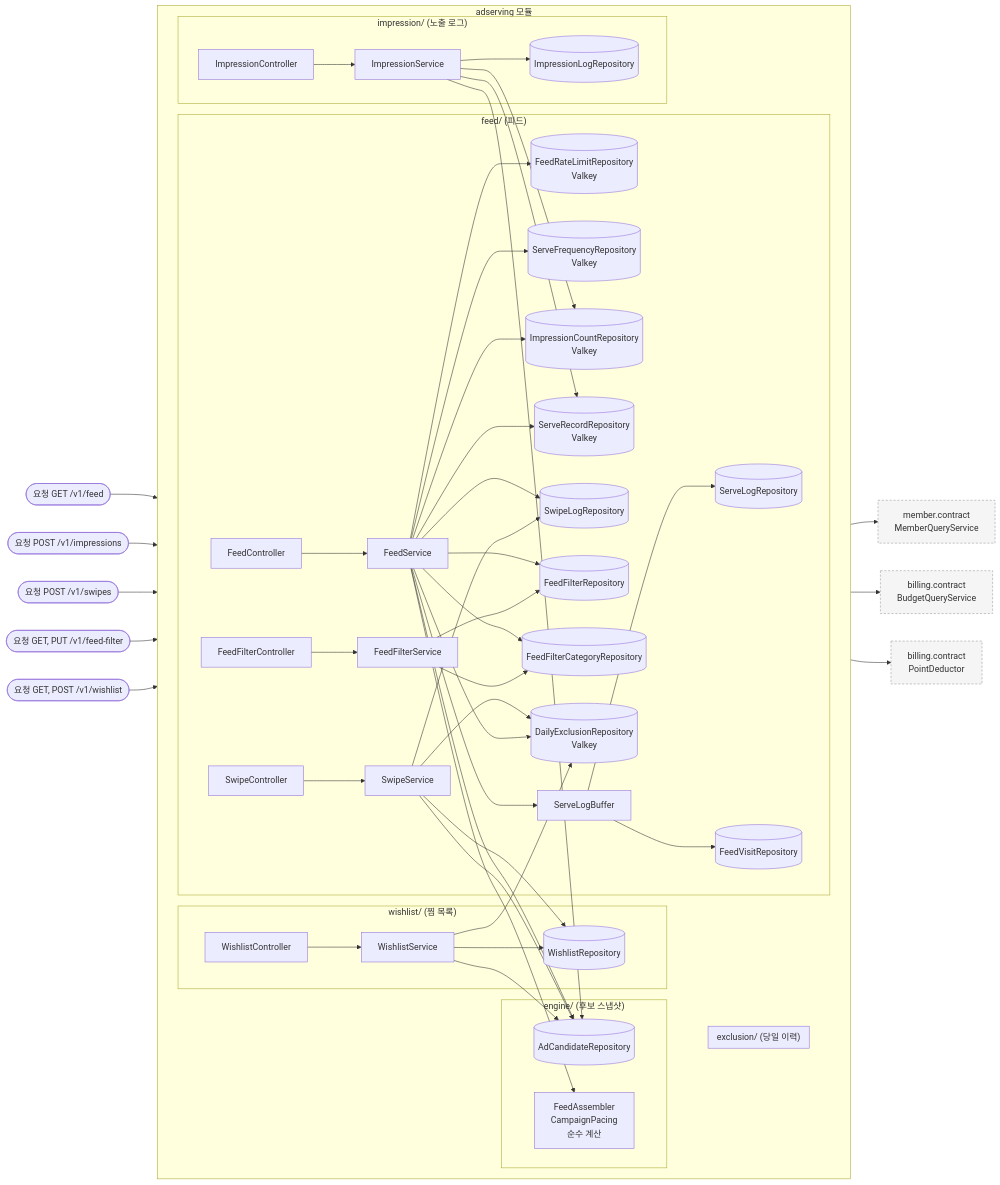
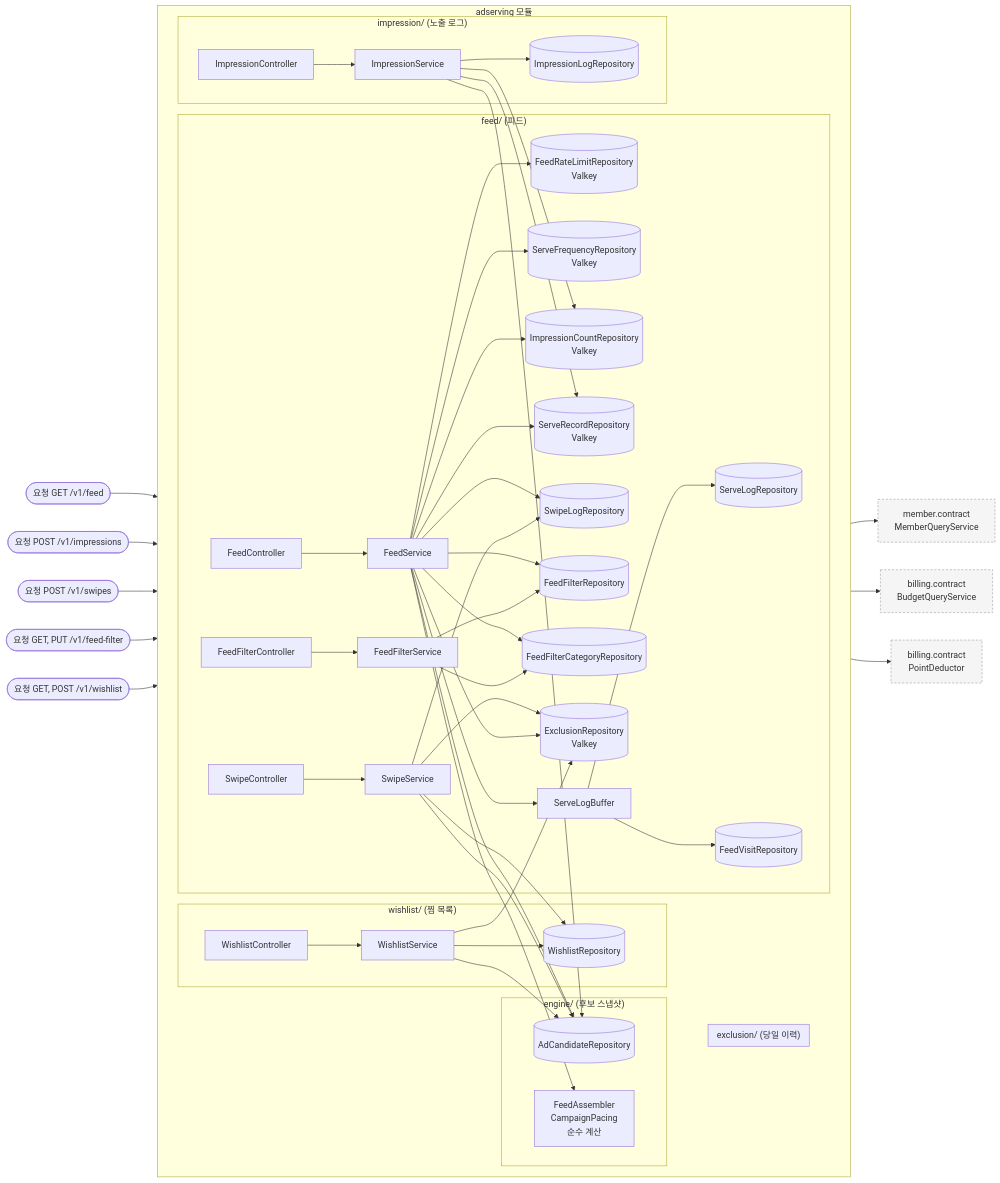
The first of 5 diagrams in docs/design/adserving/adserving_구조와_동작_설계.md (lunch-catch/lc-backend), drawn with Mermaid before and after one commit. The commit also changed other lines of this file and 11 other files, not shown here.

Commit message:
[Refactor] 당일 이력의 클래스와 Valkey 키, 로그, 지표 이름을 exclusion 으로 맞춘다

````diff
--- a/docs/design/adserving/adserving_구조와_동작_설계.md
+++ b/docs/design/adserving/adserving_구조와_동작_설계.md
@@ -210,69 +210,69 @@
 ```mermaid
 flowchart LR
     REQ([요청 GET /v1/feed]) --> FC
     REQ2([요청 POST /v1/impressions]) --> IMC
     REQ3([요청 POST /v1/swipes]) --> SWC
     REQ4([요청 GET, PUT /v1/feed-filter]) --> FFCT
     REQ5([요청 GET, POST /v1/wishlist]) --> WC
 
     subgraph adserving["adserving 모듈"]
         direction LR
 
         subgraph feed["feed/ (피드)"]
             FC[FeedController] --> FS[FeedService]
             FS --> RL[("FeedRateLimitRepository<br/>Valkey")]
             FS --> SF[("ServeFrequencyRepository<br/>Valkey")]
             FS --> IC[("ImpressionCountRepository<br/>Valkey")]
             FS --> SR[("ServeRecordRepository<br/>Valkey")]
             FS --> SW[(SwipeLogRepository)]
             FS --> FF[(FeedFilterRepository)]
             FS --> FFC[(FeedFilterCategoryRepository)]
             FFCT[FeedFilterController] --> FFS[FeedFilterService]
             FFS --> FF
             FFS --> FFC
             SWC[SwipeController] --> SWS[SwipeService]
             SWS --> SW
             SWS --> DE
             FS --> SB[ServeLogBuffer]
             SB --> SL[(ServeLogRepository)]
             SB --> FV[(FeedVisitRepository)]
         end
 
         subgraph exclusion["exclusion/ (당일 이력)"]
-            DE[("DailyExclusionRepository<br/>Valkey")]
+            DE[("ExclusionRepository<br/>Valkey")]
         end
 
         subgraph engine["engine/ (후보 스냅샷)"]
             AR[(AdCandidateRepository)]
             FA["FeedAssembler<br/>CampaignPacing<br/>순수 계산"]
         end
 
         subgraph wishlist["wishlist/ (찜 목록)"]
             WC[WishlistController] --> WS[WishlistService]
             WS --> WR[(WishlistRepository)]
         end
 
         subgraph impression["impression/ (노출 로그)"]
             IMC[ImpressionController] --> IMS[ImpressionService]
             IMS --> IML[(ImpressionLogRepository)]
         end
 
         FS --> AR
         FS --> DE
         FS --> FA
         IMS --> SR
         IMS --> IC
         IMS --> AR
         SWS --> WR
         SWS --> AR
         WS --> AR
         WS --> DE
     end
 
     FS --> MQ["member.contract<br/>MemberQueryService"]
     FS --> BQ["billing.contract<br/>BudgetQueryService"]
     IMS --> PD["billing.contract<br/>PointDeductor"]
 
     classDef out fill:#f5f5f5,stroke:#999,stroke-dasharray:4 3
     class MQ,BQ,PD out
 ```
````
